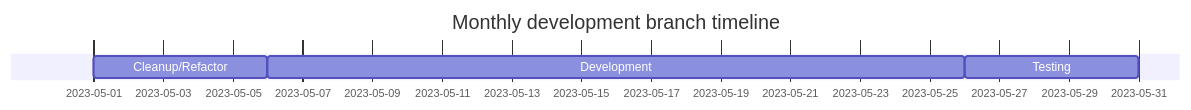
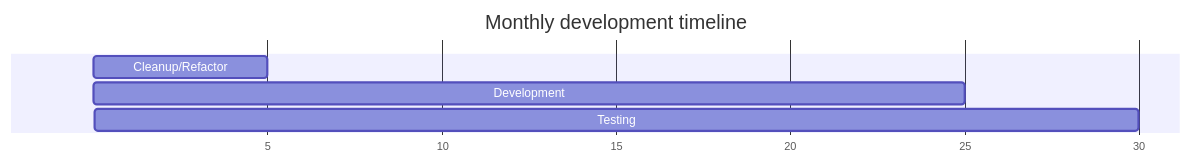
One commit to spectrum-health-systems/Abatab changed the third of 3 diagrams in README_development.md. Above: the diagram before and after it, drawn with Mermaid.

````diff
--- a/README_development.md
+++ b/README_development.md
@@ -97,11 +97,9 @@
 ```mermaid
----
-displayMode: compact
----
 gantt
-  title Monthly development branch timeline
-  dateFormat YY-MM-DD
-  Cleanup/Refactor :23-05-01,5d
-  Development :20d
-  Testing : 5d
+    title Monthly development timeline
+    dateFormat X
+    axisFormat %s
+    Cleanup/Refactor  : 1, 5
+    Development   : 5, 25
+    Testing   : 25, 30
 ```
````
